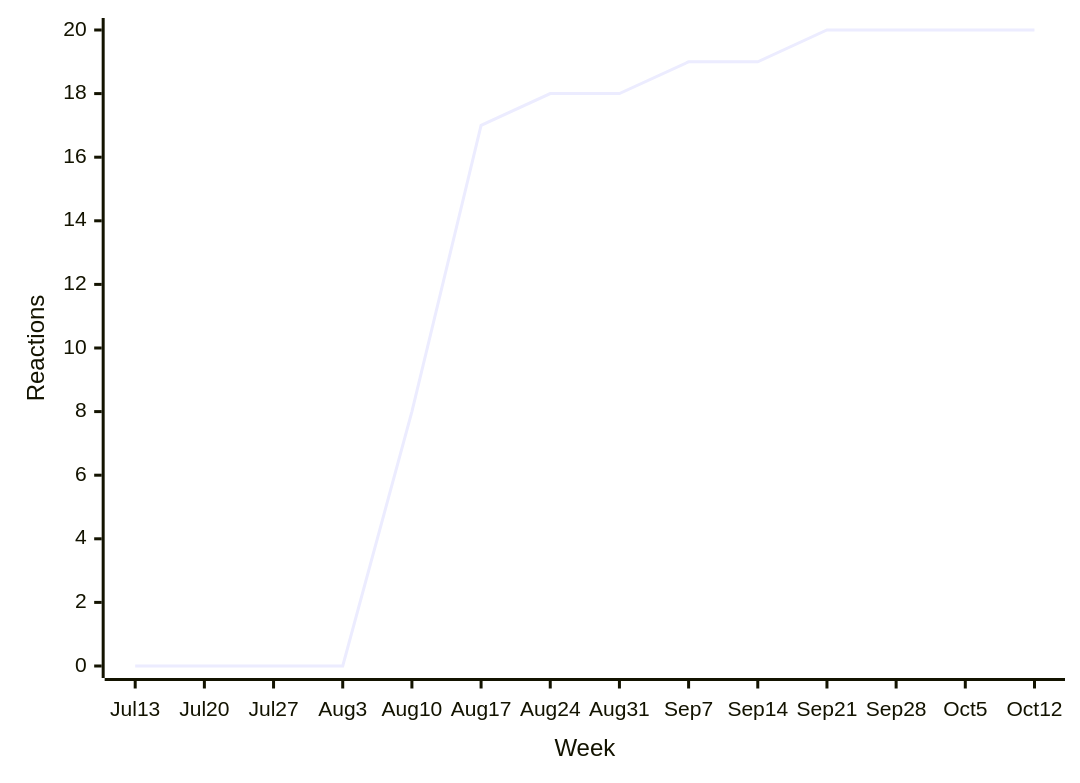
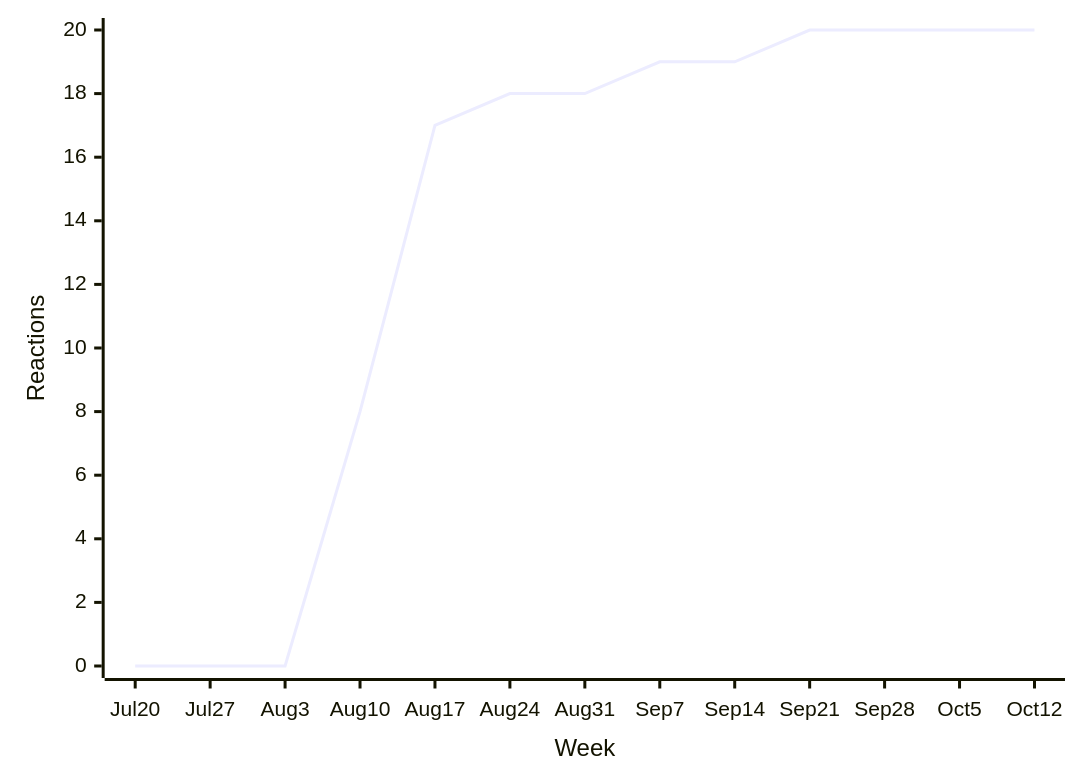
The sixth of 38 diagrams in README.md (loic-sharma/github-insights), drawn with Mermaid before and after one commit. The commit also changed other lines of this file and 3 other files, not shown here.

````diff
--- a/README.md
+++ b/README.md
@@ -409,6 +409,6 @@
   ```mermaid
   xychart-beta
-    x-axis "Week" [Jul 13, Jul 20, Jul 27, Aug 3, Aug 10, Aug 17, Aug 24, Aug 31, Sep 7, Sep 14, Sep 21, Sep 28, Oct 5, Oct 12]
+    x-axis "Week" [Jul 20, Jul 27, Aug 3, Aug 10, Aug 17, Aug 24, Aug 31, Sep 7, Sep 14, Sep 21, Sep 28, Oct 5, Oct 12]
     y-axis "Reactions" 0 --> 20
-    line [0, 0, 0, 0, 8, 17, 18, 18, 19, 19, 20, 20, 20, 20]
+    line [0, 0, 0, 8, 17, 18, 18, 19, 19, 20, 20, 20, 20]
   ```
````
